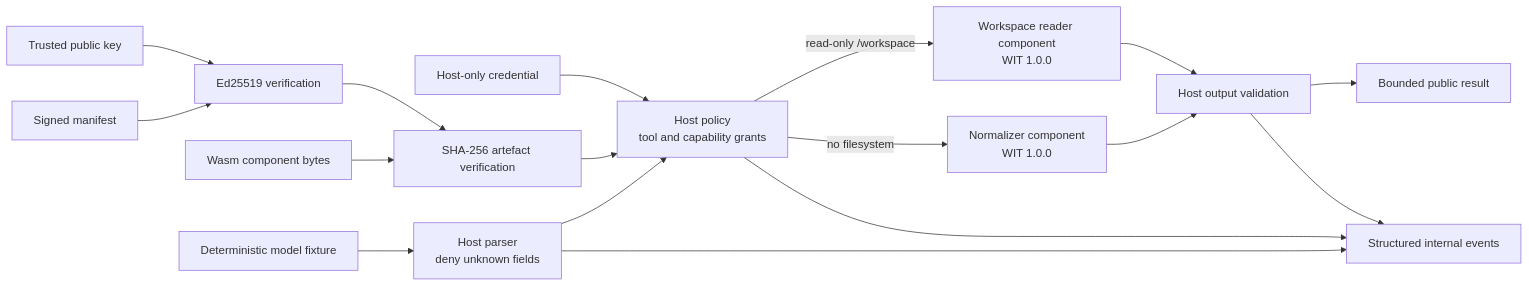
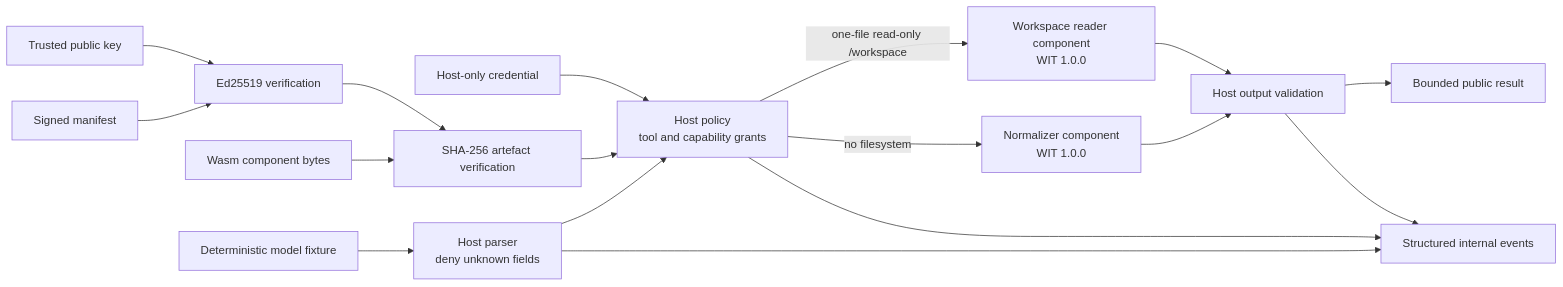
Before and after one commit to joshua-mo-143/production-webassembly-rust: the diagram in case-study/README.md, drawn with Mermaid. The commit also changed other lines of this file and 29 other files, not shown here.

````diff
--- a/case-study/README.md
+++ b/case-study/README.md
@@ -14,18 +14,18 @@
 ```mermaid
 flowchart LR
     F["Deterministic model fixture"] --> P["Host parser<br/>deny unknown fields"]
     P --> G["Host policy<br/>tool and capability grants"]
     M["Signed manifest"] --> V["Ed25519 verification"]
     K["Trusted public key"] --> V
     C["Wasm component bytes"] --> H["SHA-256 artefact verification"]
     V --> H --> G
     G -->|"no filesystem"| N["Normalizer component<br/>WIT 1.0.0"]
-    G -->|"read-only /workspace"| R["Workspace reader component<br/>WIT 1.0.0"]
+    G -->|"one-file read-only /workspace"| R["Workspace reader component<br/>WIT 1.0.0"]
     N --> O["Host output validation"]
     R --> O
     Q["Host-only credential"] --> G
     O --> U["Bounded public result"]
     P --> E["Structured internal events"]
     G --> E
     O --> E
 ```
````
